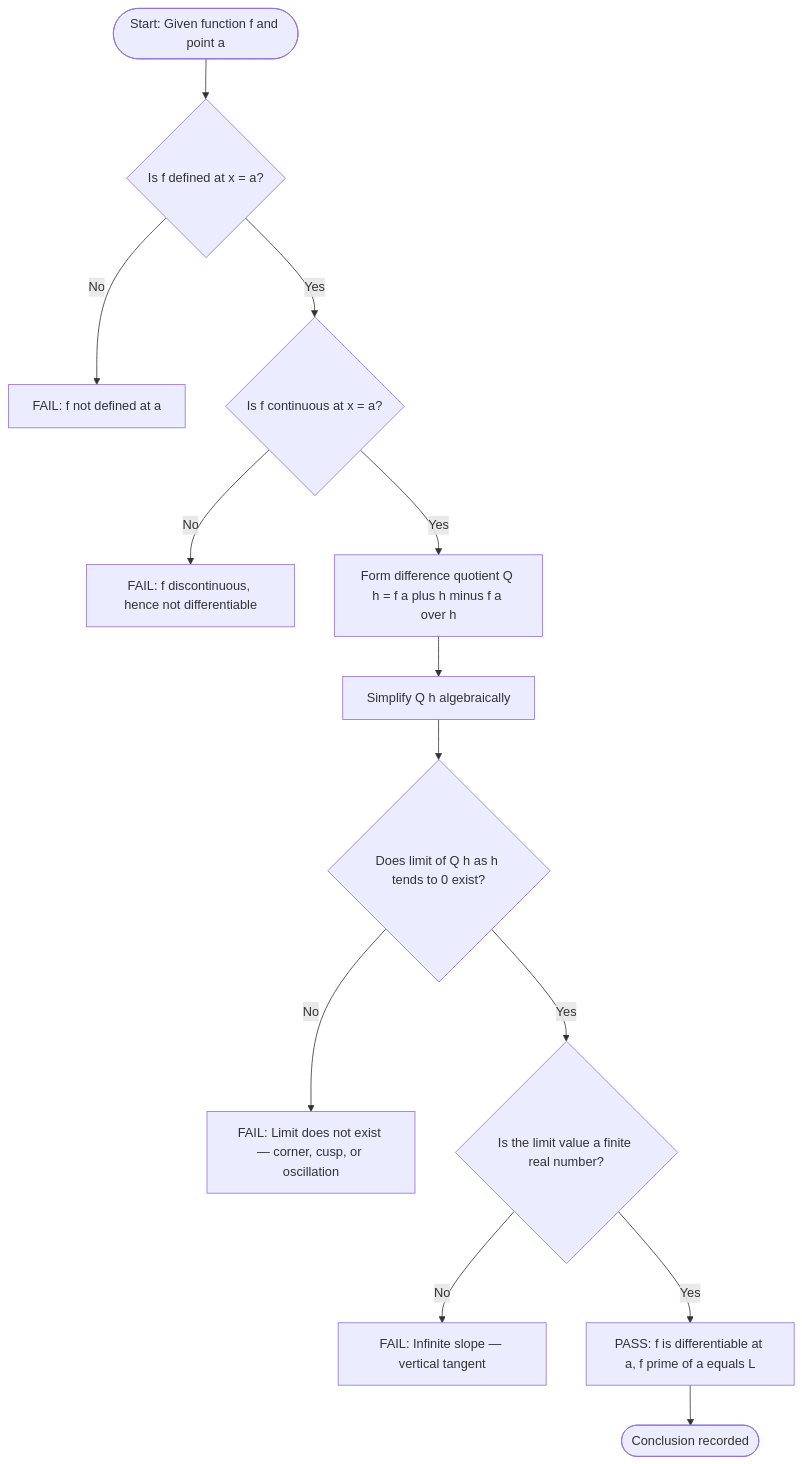
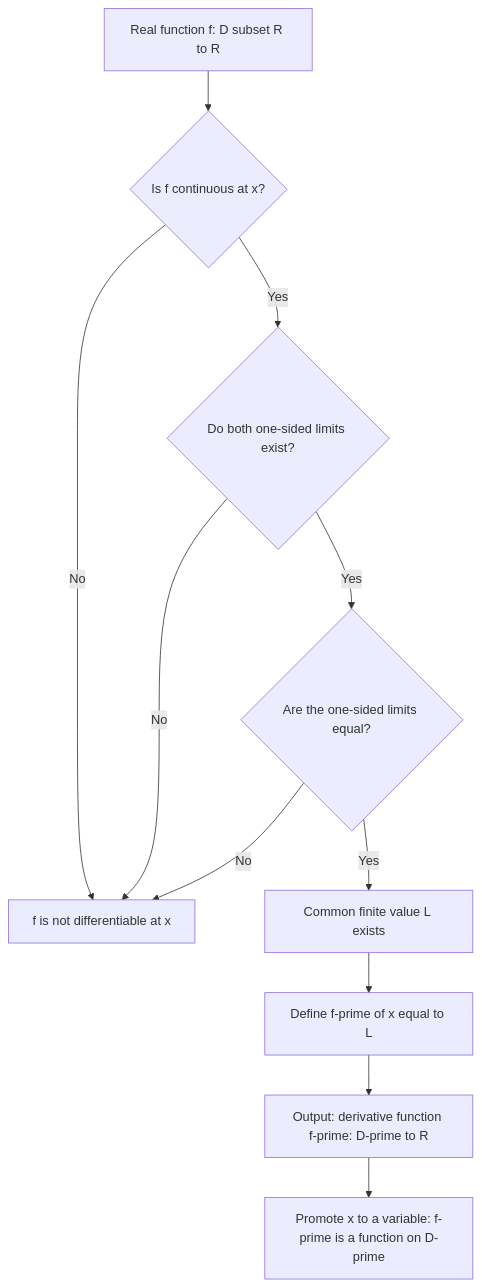
Before and after one commit to vishnuu-kr/ktunode: the first of 4 diagrams in public/notes/computer-science-and-engineering/semester-1/gamat101-mathematics-for-information-science-1/01-module-1-limits-of-function-values/derivative-as-a-function/notes.md, drawn with Mermaid. The commit also changed other lines of this file and 4829 other files, not shown here.

````diff
--- a/public/notes/computer-science-and-engineering/semester-1/gamat101-mathematics-for-information-science-1/01-module-1-limits-of-function-values/derivative-as-a-function/notes.md
+++ b/public/notes/computer-science-and-engineering/semester-1/gamat101-mathematics-for-information-science-1/01-module-1-limits-of-function-values/derivative-as-a-function/notes.md
@@ -391,15 +332,13 @@
 ```mermaid
 flowchart TD
-    startA([Start: Given function f and point a]) --> q1{Is f defined at x = a?}
-    q1 -- No --> out1[FAIL: f not defined at a]
-    q1 -- Yes --> q2{Is f continuous at x = a?}
-    q2 -- No --> out2[FAIL: f discontinuous, hence not differentiable]
-    q2 -- Yes --> q3[Form difference quotient Q h = f a plus h minus f a over h]
-    q3 --> q4[Simplify Q h algebraically]
-    q4 --> q5{Does limit of Q h as h tends to 0 exist?}
-    q5 -- No --> out3[FAIL: Limit does not exist — corner, cusp, or oscillation]
-    q5 -- Yes --> q6{Is the limit value a finite real number?}
-    q6 -- No --> out4[FAIL: Infinite slope — vertical tangent]
-    q6 -- Yes --> out5[PASS: f is differentiable at a, f prime of a equals L]
-    out5 --> stopA([Conclusion recorded])
+    A[Real function f: D subset R to R] --> B{Is f continuous at x?}
+    B -- No --> C[f is not differentiable at x]
+    B -- Yes --> D{Do both one-sided limits exist?}
+    D -- No --> C
+    D -- Yes --> E{Are the one-sided limits equal?}
+    E -- No --> C
+    E -- Yes --> F[Common finite value L exists]
+    F --> G[Define f-prime of x equal to L]
+    G --> H[Output: derivative function f-prime: D-prime to R]
+    H --> I[Promote x to a variable: f-prime is a function on D-prime]
 ```
````
